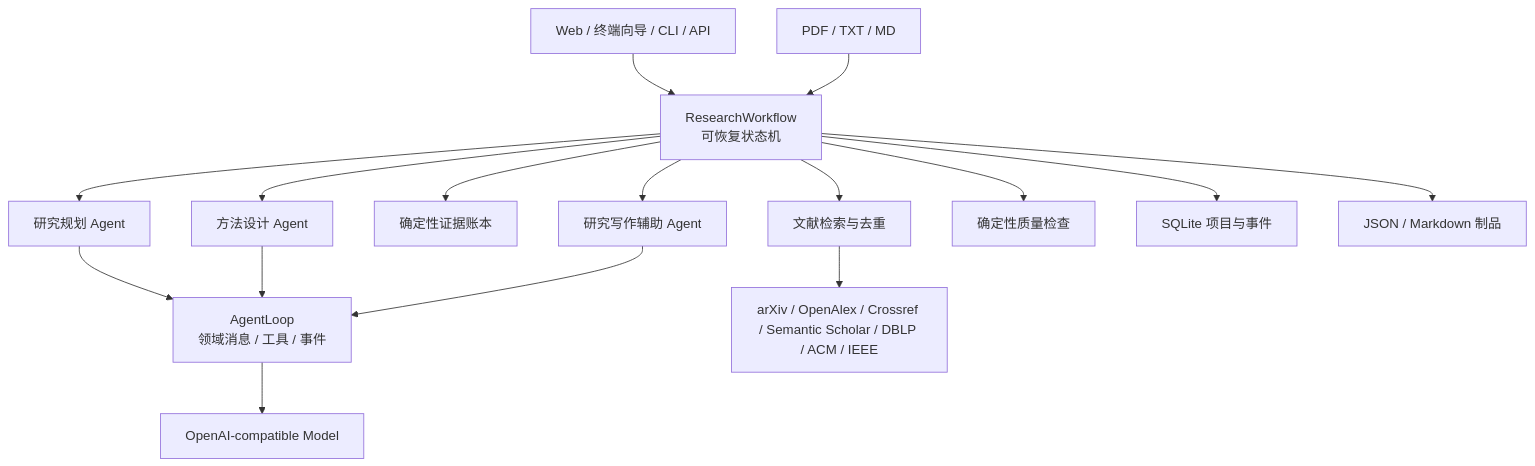
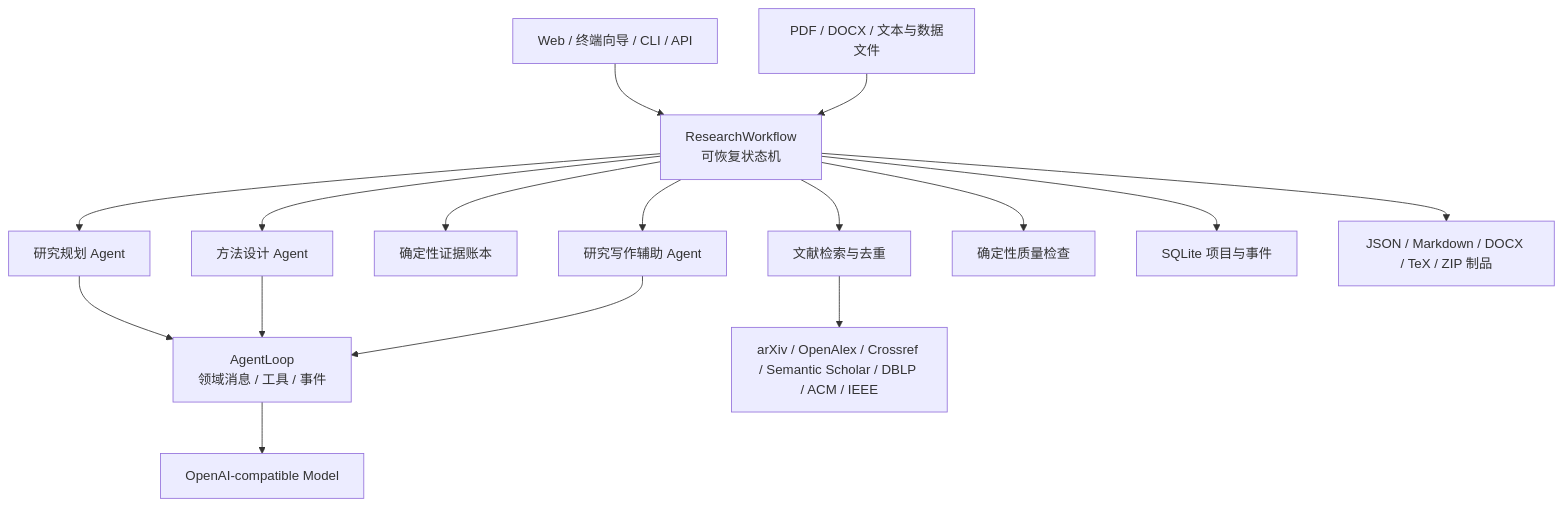
The first of 2 diagrams in docs/zh-CN/architecture.md (lyufeiyu/scholaros), drawn with Mermaid before and after one commit. The commit also changed other lines of this file and 581 other files, not shown here.

````diff
--- a/docs/zh-CN/architecture.md
+++ b/docs/zh-CN/architecture.md
@@ -11,16 +11,16 @@
 ```mermaid
 flowchart TB
     UI["Web / 终端向导 / CLI / API"] --> WF["ResearchWorkflow<br/>可恢复状态机"]
     WF --> RA["研究规划 Agent"]
     WF --> LS["文献检索与去重"]
     WF --> ES["确定性证据账本"]
     WF --> MD["方法设计 Agent"]
     WF --> WR["研究写作辅助 Agent"]
     WF --> CR["确定性质量检查"]
     RA & MD & WR --> RT["AgentLoop<br/>领域消息 / 工具 / 事件"]
     RT --> LLM["OpenAI-compatible Model"]
     LS --> SRC["arXiv / OpenAlex / Crossref / Semantic Scholar / DBLP / ACM / IEEE"]
     WF --> STORE["SQLite 项目与事件"]
-    WF --> ART["JSON / Markdown 制品"]
-    ING["PDF / TXT / MD"] --> WF
+    WF --> ART["JSON / Markdown / DOCX / TeX / ZIP 制品"]
+    ING["PDF / DOCX / 文本与数据文件"] --> WF
 ```
````
